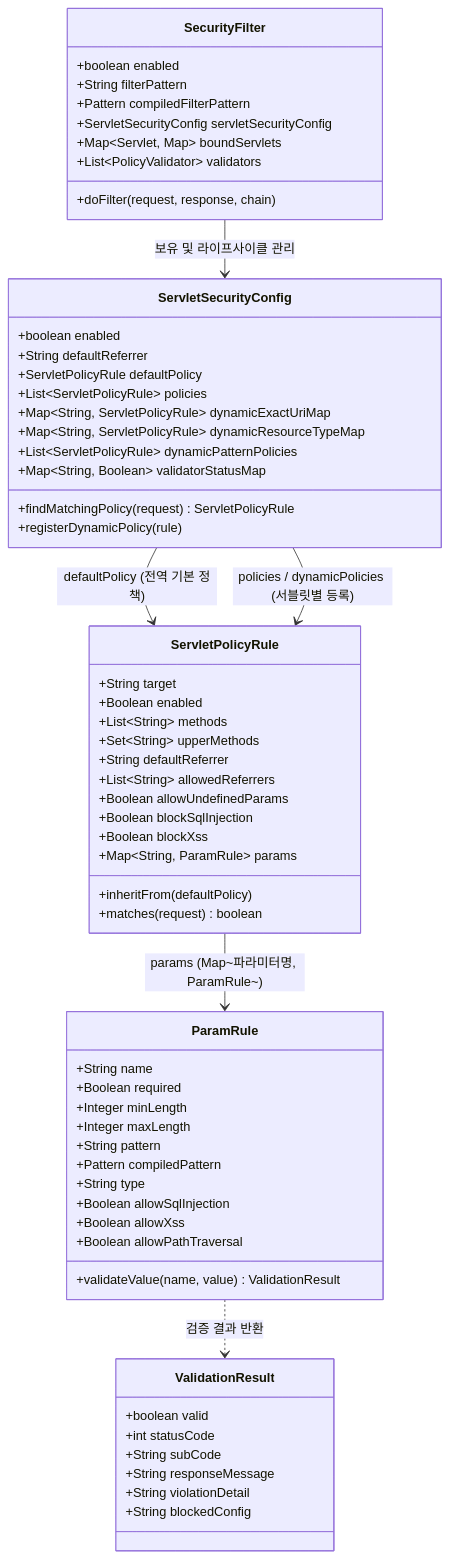
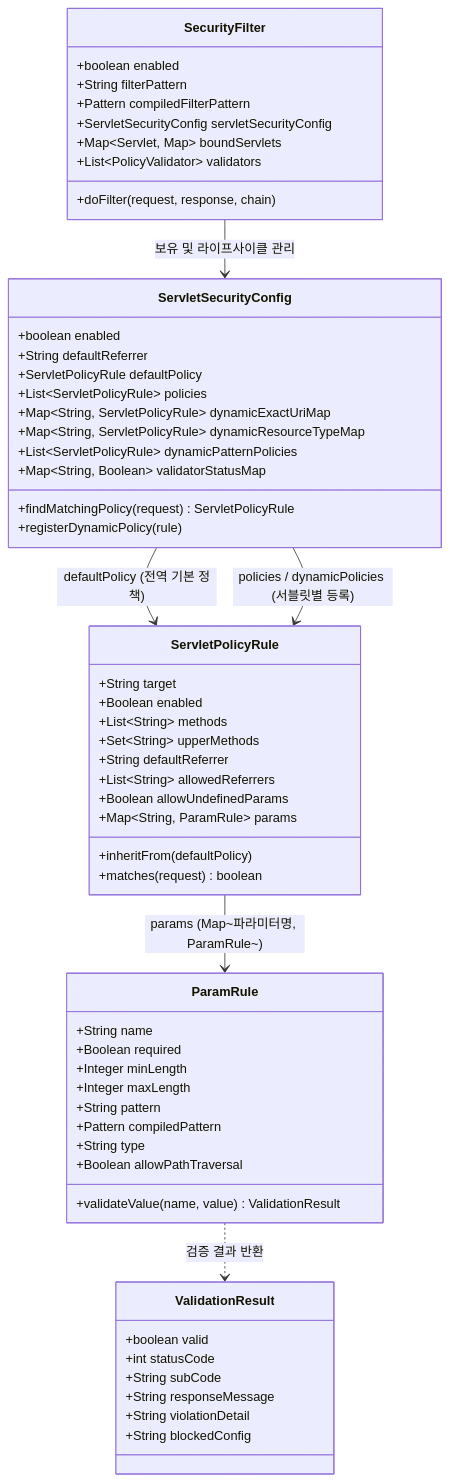
Before and after one commit to suafafa/security-simple: the second of 2 diagrams in README.md, drawn with Mermaid. The commit also changed other lines of this file and 15 other files, not shown here.

````diff
--- a/README.md
+++ b/README.md
@@ -102,71 +102,67 @@
 ```mermaid
 classDiagram
     direction TB
 
     class SecurityFilter {
         +boolean enabled
         +String filterPattern
         +Pattern compiledFilterPattern
         +ServletSecurityConfig servletSecurityConfig
         +Map~Servlet, Map~ boundServlets
         +List~PolicyValidator~ validators
         +doFilter(request, response, chain)
     }
 
     class ServletSecurityConfig {
         +boolean enabled
         +String defaultReferrer
         +ServletPolicyRule defaultPolicy
         +List~ServletPolicyRule~ policies
         +Map~String, ServletPolicyRule~ dynamicExactUriMap
         +Map~String, ServletPolicyRule~ dynamicResourceTypeMap
         +List~ServletPolicyRule~ dynamicPatternPolicies
         +Map~String, Boolean~ validatorStatusMap
         +findMatchingPolicy(request) ServletPolicyRule
         +registerDynamicPolicy(rule)
     }
 
     class ServletPolicyRule {
         +String target
         +Boolean enabled
         +List~String~ methods
         +Set~String~ upperMethods
         +String defaultReferrer
         +List~String~ allowedReferrers
         +Boolean allowUndefinedParams
-        +Boolean blockSqlInjection
-        +Boolean blockXss
         +Map~String, ParamRule~ params
         +inheritFrom(defaultPolicy)
         +matches(request) boolean
     }
 
     class ParamRule {
         +String name
         +Boolean required
         +Integer minLength
         +Integer maxLength
         +String pattern
         +Pattern compiledPattern
         +String type
-        +Boolean allowSqlInjection
-        +Boolean allowXss
         +Boolean allowPathTraversal
         +validateValue(name, value) ValidationResult
     }
 
     class ValidationResult {
         +boolean valid
         +int statusCode
         +String subCode
         +String responseMessage
         +String violationDetail
         +String blockedConfig
     }
 
     SecurityFilter --> ServletSecurityConfig : 보유 및 라이프사이클 관리
     ServletSecurityConfig --> ServletPolicyRule : defaultPolicy (전역 기본 정책)
     ServletSecurityConfig --> ServletPolicyRule : policies / dynamicPolicies (서블릿별 등록)
     ServletPolicyRule --> ParamRule : params (Map~파라미터명, ParamRule~)
     ParamRule ..> ValidationResult : 검증 결과 반환
 ```
````
